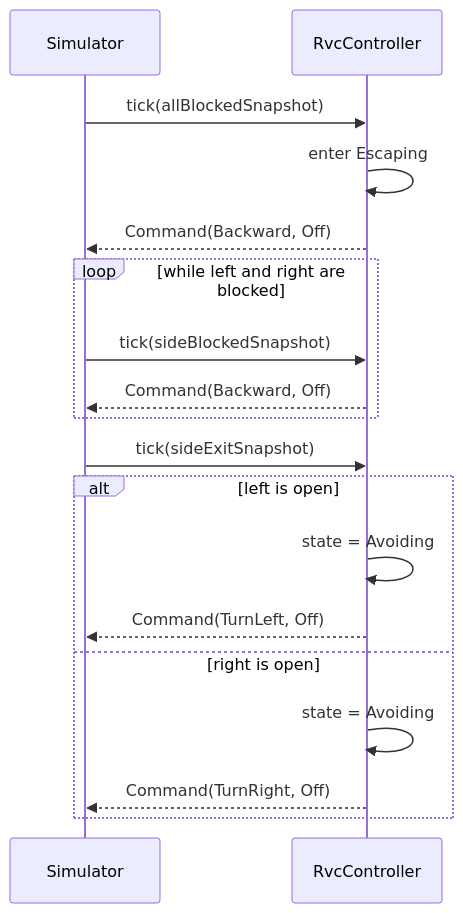
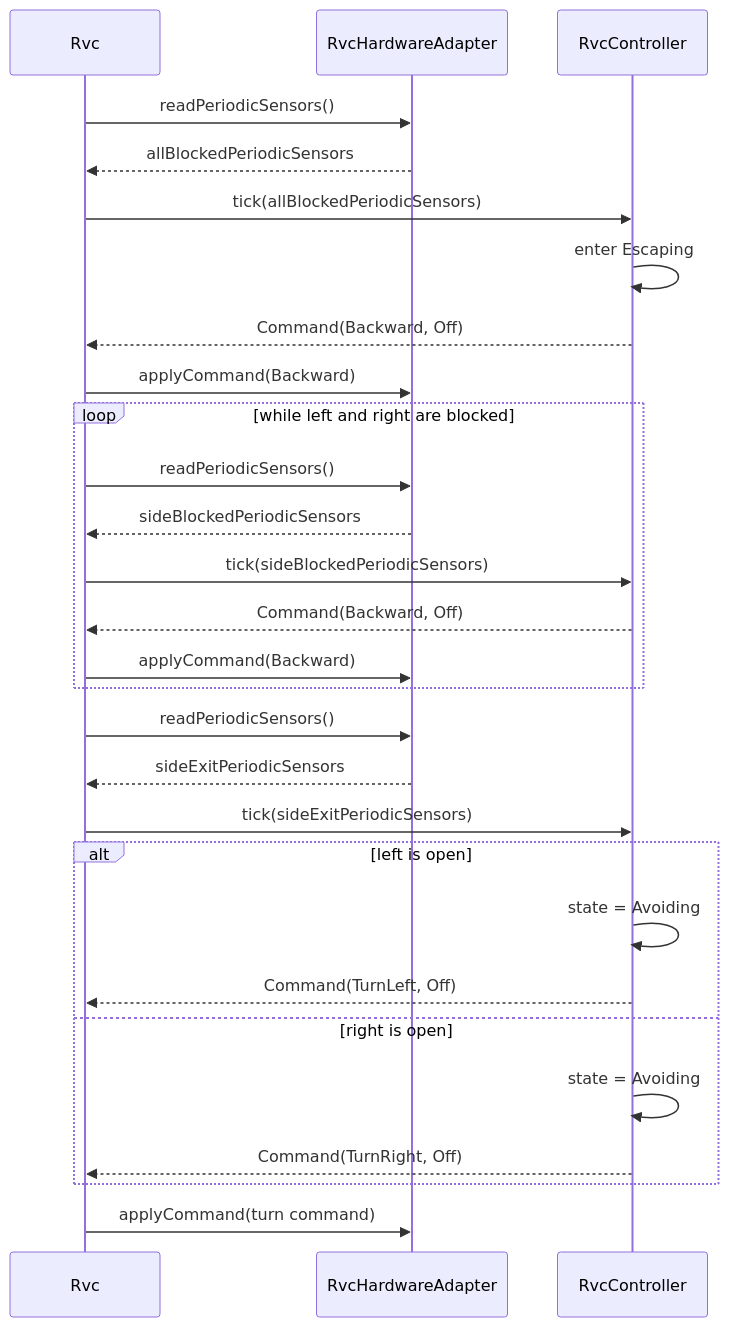
One commit to reload02/ooad-vibe changed the fifth of 6 diagrams in docs/ood_sequence_diagrams.md. Above: the diagram before and after it, drawn with Mermaid. The commit also changed other lines of this file and 15 other files, not shown here.

First line of the commit message:
Refactor RVC Control System Architecture

````diff
--- a/docs/ood_sequence_diagrams.md
+++ b/docs/ood_sequence_diagrams.md
@@ -73,21 +103,31 @@
 ```mermaid
 sequenceDiagram
-    participant Simulator
+    participant Rvc
+    participant Adapter as RvcHardwareAdapter
     participant Controller as RvcController
 
-    Simulator->>Controller: tick(allBlockedSnapshot)
+    Rvc->>Adapter: readPeriodicSensors()
+    Adapter-->>Rvc: allBlockedPeriodicSensors
+    Rvc->>Controller: tick(allBlockedPeriodicSensors)
     Controller->>Controller: enter Escaping
-    Controller-->>Simulator: Command(Backward, Off)
+    Controller-->>Rvc: Command(Backward, Off)
+    Rvc->>Adapter: applyCommand(Backward)
     loop while left and right are blocked
-        Simulator->>Controller: tick(sideBlockedSnapshot)
-        Controller-->>Simulator: Command(Backward, Off)
+        Rvc->>Adapter: readPeriodicSensors()
+        Adapter-->>Rvc: sideBlockedPeriodicSensors
+        Rvc->>Controller: tick(sideBlockedPeriodicSensors)
+        Controller-->>Rvc: Command(Backward, Off)
+        Rvc->>Adapter: applyCommand(Backward)
     end
-    Simulator->>Controller: tick(sideExitSnapshot)
+    Rvc->>Adapter: readPeriodicSensors()
+    Adapter-->>Rvc: sideExitPeriodicSensors
+    Rvc->>Controller: tick(sideExitPeriodicSensors)
     alt left is open
         Controller->>Controller: state = Avoiding
-        Controller-->>Simulator: Command(TurnLeft, Off)
+        Controller-->>Rvc: Command(TurnLeft, Off)
     else right is open
         Controller->>Controller: state = Avoiding
-        Controller-->>Simulator: Command(TurnRight, Off)
+        Controller-->>Rvc: Command(TurnRight, Off)
     end
+    Rvc->>Adapter: applyCommand(turn command)
 ```
````
